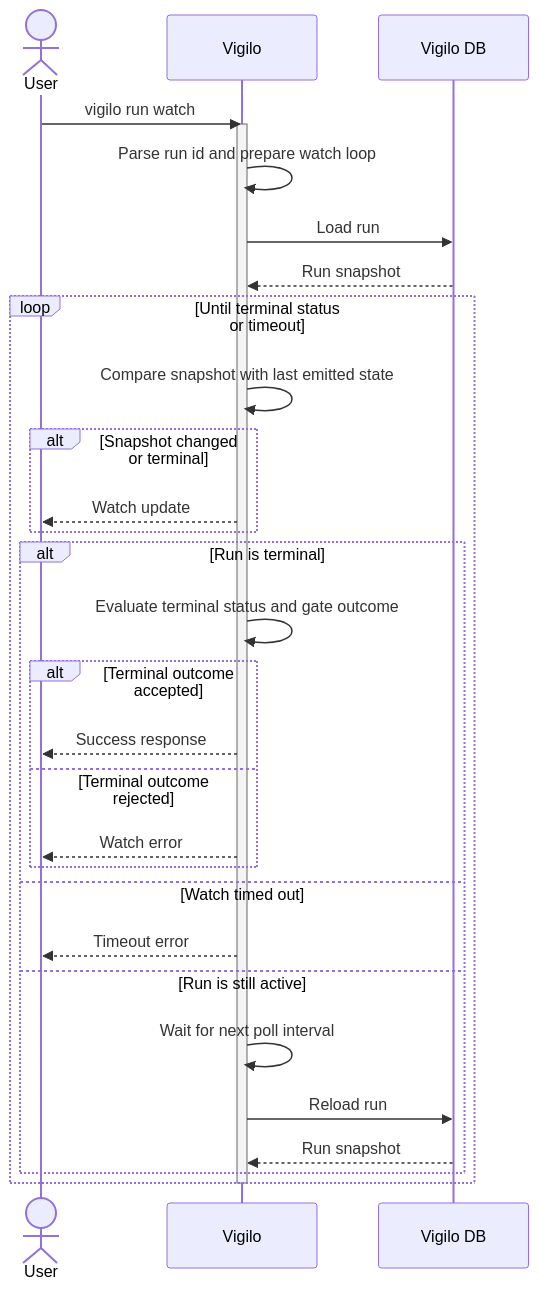
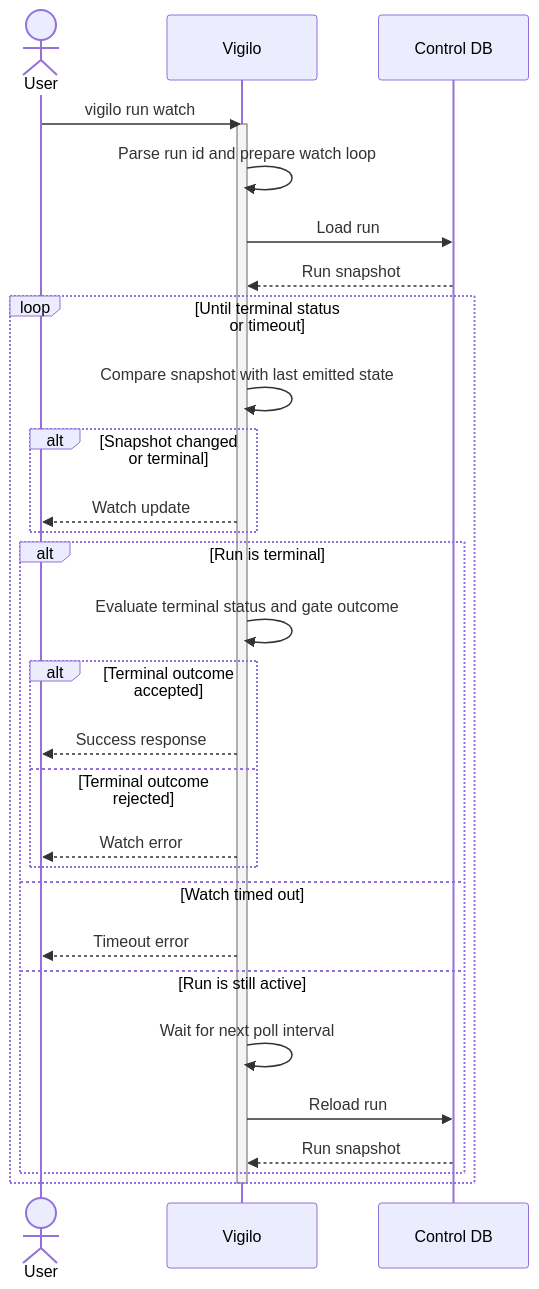
One commit to gregl83/agent-vigilo changed the diagram in web/docs/architecture/flows/run/watch/execution-flow.mmd. Above: the diagram before and after it, drawn with Mermaid. The commit also changed 16 other files, not shown here.

```diff
--- a/web/docs/architecture/flows/run/watch/execution-flow.mmd
+++ b/web/docs/architecture/flows/run/watch/execution-flow.mmd
@@ -1,41 +1,41 @@
 ---
 config:
   flowchart:
     nodeSpacing: 150
     rankSpacing: 80
   themeVariables:
     edgeLabelBackground: 'transparent'
 ---
 sequenceDiagram
     actor User
     participant Vigilo
-    participant DB as Vigilo DB
+    participant ControlDB as Control DB
 
     User->>Vigilo: vigilo run watch
     activate Vigilo
     Vigilo->>Vigilo: Parse run id and prepare watch loop
-    Vigilo->>DB: Load run
-    DB-->>Vigilo: Run snapshot
+    Vigilo->>ControlDB: Load run
+    ControlDB-->>Vigilo: Run snapshot
 
     loop Until terminal status or timeout
         Vigilo->>Vigilo: Compare snapshot with last emitted state
         alt Snapshot changed or terminal
             Vigilo-->>User: Watch update
         end
 
         alt Run is terminal
             Vigilo->>Vigilo: Evaluate terminal status and gate outcome
             alt Terminal outcome accepted
                 Vigilo-->>User: Success response
             else Terminal outcome rejected
                 Vigilo-->>User: Watch error
             end
         else Watch timed out
             Vigilo-->>User: Timeout error
         else Run is still active
             Vigilo->>Vigilo: Wait for next poll interval
-            Vigilo->>DB: Reload run
-            DB-->>Vigilo: Run snapshot
+            Vigilo->>ControlDB: Reload run
+            ControlDB-->>Vigilo: Run snapshot
         end
     end
     deactivate Vigilo
```
